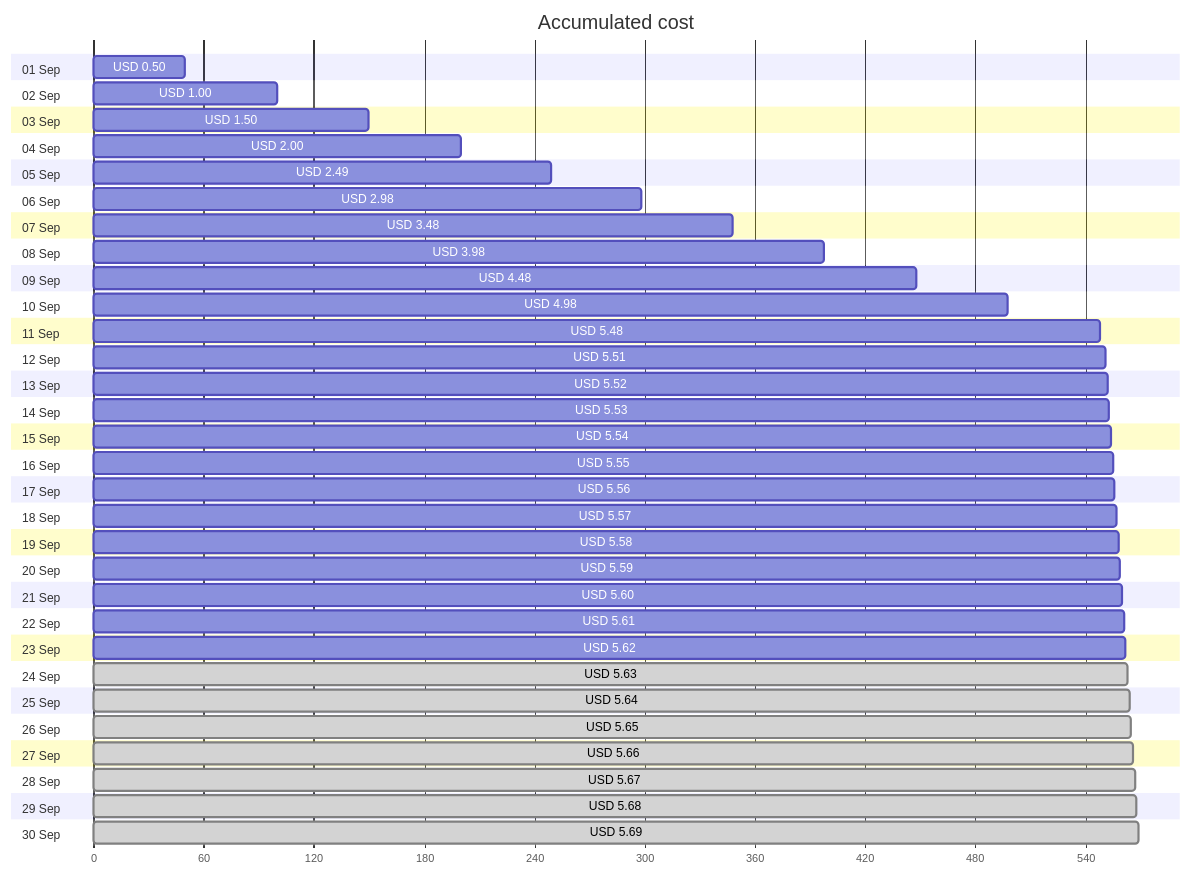
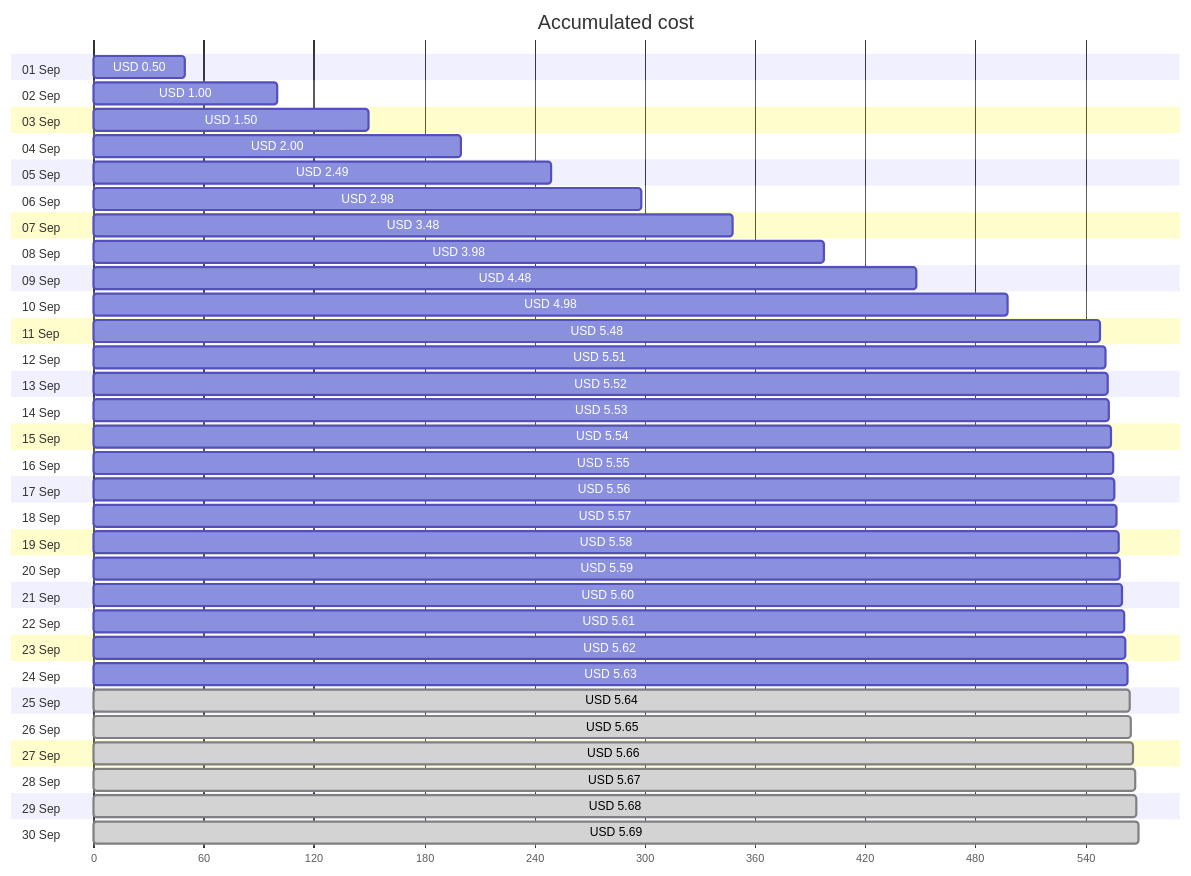
One commit to jpfulton/azure-personal-reports changed the first of 4 diagrams in cost-reports/cloud-shell-storage-eastus/README.md. Above: the diagram before and after it, drawn with Mermaid. The commit also changed other lines of this file and 1 other file, not shown here.

````diff
--- a/cost-reports/cloud-shell-storage-eastus/README.md
+++ b/cost-reports/cloud-shell-storage-eastus/README.md
@@ -20,66 +20,66 @@
 ```mermaid
 gantt
    title Accumulated cost
    dateFormat  X
    axisFormat %s
    section 01 Sep
    USD 0.50 :0, 50
    section 02 Sep
    USD 1.00 :0, 100
    section 03 Sep
    USD 1.50 :0, 150
    section 04 Sep
    USD 2.00 :0, 200
    section 05 Sep
    USD 2.49 :0, 249
    section 06 Sep
    USD 2.98 :0, 298
    section 07 Sep
    USD 3.48 :0, 348
    section 08 Sep
    USD 3.98 :0, 398
    section 09 Sep
    USD 4.48 :0, 448
    section 10 Sep
    USD 4.98 :0, 498
    section 11 Sep
    USD 5.48 :0, 548
    section 12 Sep
    USD 5.51 :0, 551
    section 13 Sep
    USD 5.52 :0, 552
    section 14 Sep
    USD 5.53 :0, 553
    section 15 Sep
    USD 5.54 :0, 554
    section 16 Sep
    USD 5.55 :0, 555
    section 17 Sep
    USD 5.56 :0, 556
    section 18 Sep
    USD 5.57 :0, 557
    section 19 Sep
    USD 5.58 :0, 558
    section 20 Sep
    USD 5.59 :0, 559
    section 21 Sep
    USD 5.60 :0, 560
    section 22 Sep
    USD 5.61 :0, 561
    section 23 Sep
    USD 5.62 :0, 562
    section 24 Sep
-   USD 5.63 : done, 0, 563
+   USD 5.63 :0, 563
    section 25 Sep
    USD 5.64 : done, 0, 564
    section 26 Sep
    USD 5.65 : done, 0, 565
    section 27 Sep
    USD 5.66 : done, 0, 566
    section 28 Sep
    USD 5.67 : done, 0, 567
    section 29 Sep
    USD 5.68 : done, 0, 568
    section 30 Sep
    USD 5.69 : done, 0, 569
 ```
````
